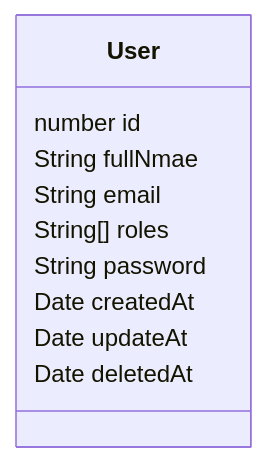
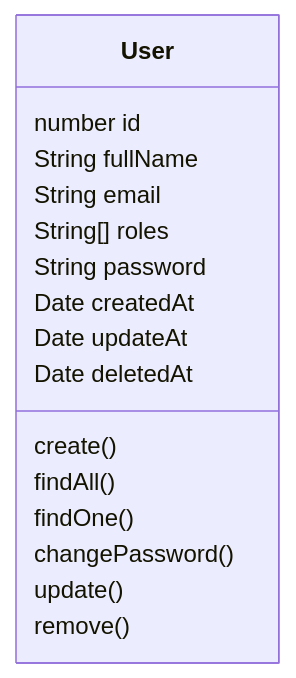
One commit to hblado/nest-userauth changed the diagram in README.md. Above: the diagram before and after it, drawn with Mermaid. The commit also changed other lines of this file and 3 other files, not shown here.

````diff
--- a/README.md
+++ b/README.md
@@ -14,13 +14,19 @@
 ```mermaid
 classDiagram
     class User{
         number id
-        String fullNmae
+        String fullName
         String email
         String[] roles
         String password
         Date createdAt
         Date updateAt
         Date deletedAt
+        create()
+        findAll()
+        findOne()
+        changePassword()
+        update()
+        remove()
     }
 ```
````
